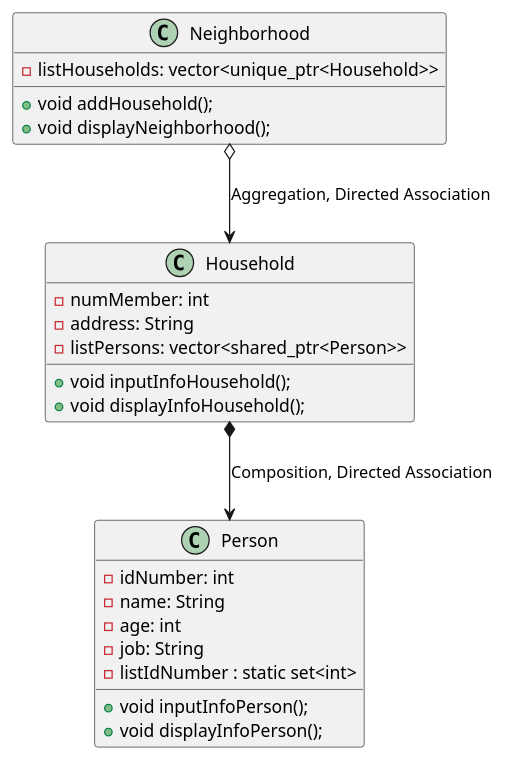
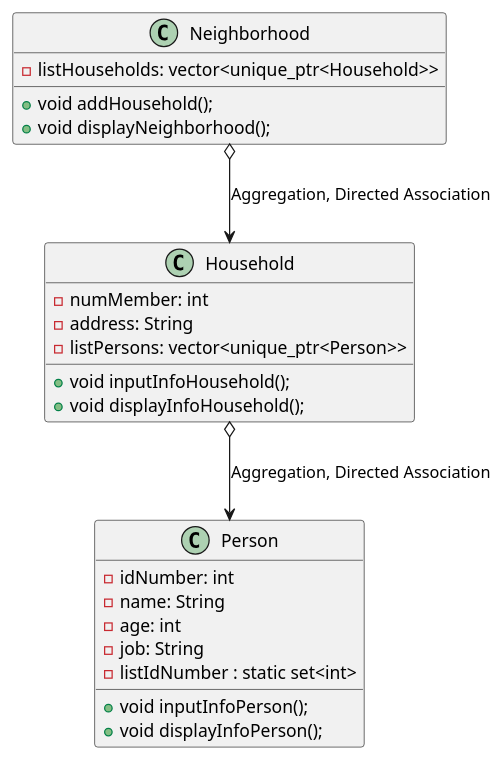
One commit to baobluebird/Basic-C-Cplusplus changed the diagram in .Assigment/OOP/ex4/diagram/diagram.wsd. Above: the diagram before and after it, drawn with PlantUML. The commit also changed 102 other files, not shown here.

Commit message:
fix diagram, fix use pointer

```diff
--- a/.Assigment/OOP/ex4/diagram/diagram.wsd
+++ b/.Assigment/OOP/ex4/diagram/diagram.wsd
@@ -1,30 +1,30 @@
 @startuml
 
 class Person {
     - idNumber: int
     - name: String
     - age: int
     - job: String
     - listIdNumber : static set<int> 
     + void inputInfoPerson();
     + void displayInfoPerson();
 }
 
 class Household {
     - numMember: int
     - address: String
-    - listPersons: vector<shared_ptr<Person>>
+    - listPersons: vector<unique_ptr<Person>>
     + void inputInfoHousehold();
     + void displayInfoHousehold();
 }
 
 class Neighborhood {
     - listHouseholds: vector<unique_ptr<Household>>
     + void addHousehold();
     + void displayNeighborhood();
 }
 
-Household *--> Person : Composition, Directed Association
+Household o--> Person : Aggregation, Directed Association
 Neighborhood o--> Household : Aggregation, Directed Association
 
 @enduml
```
